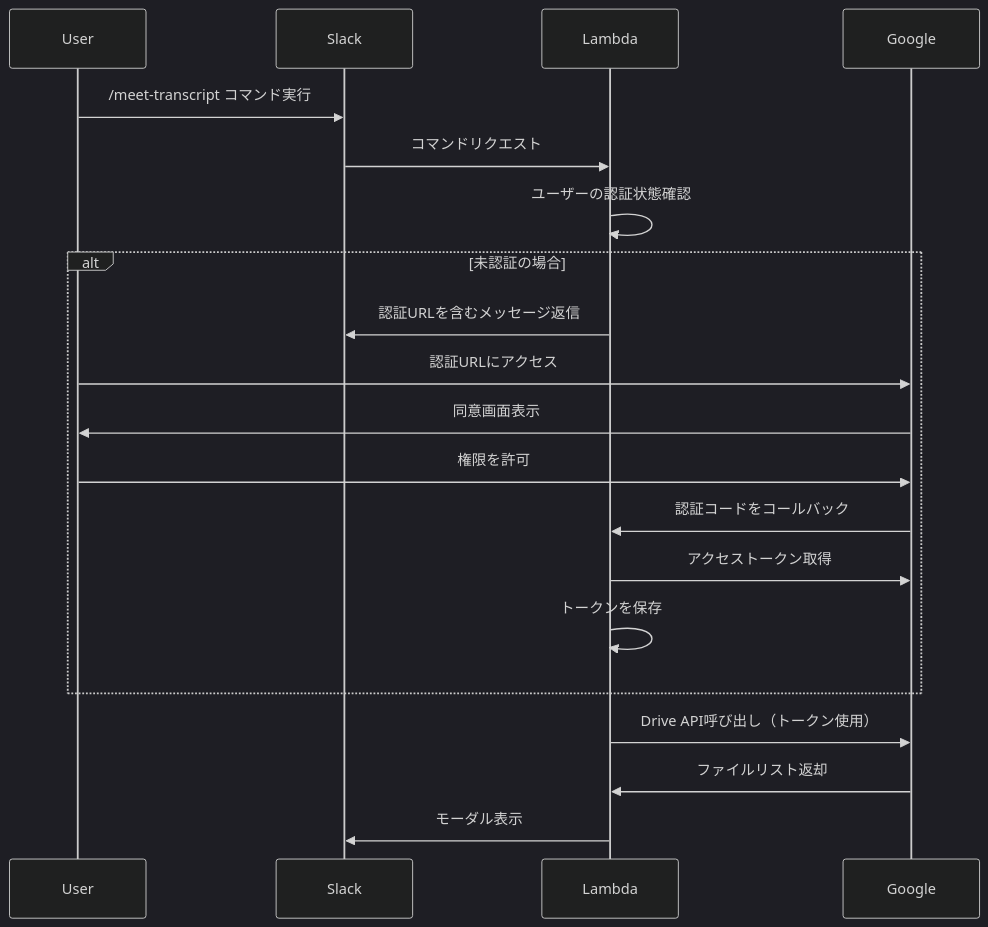
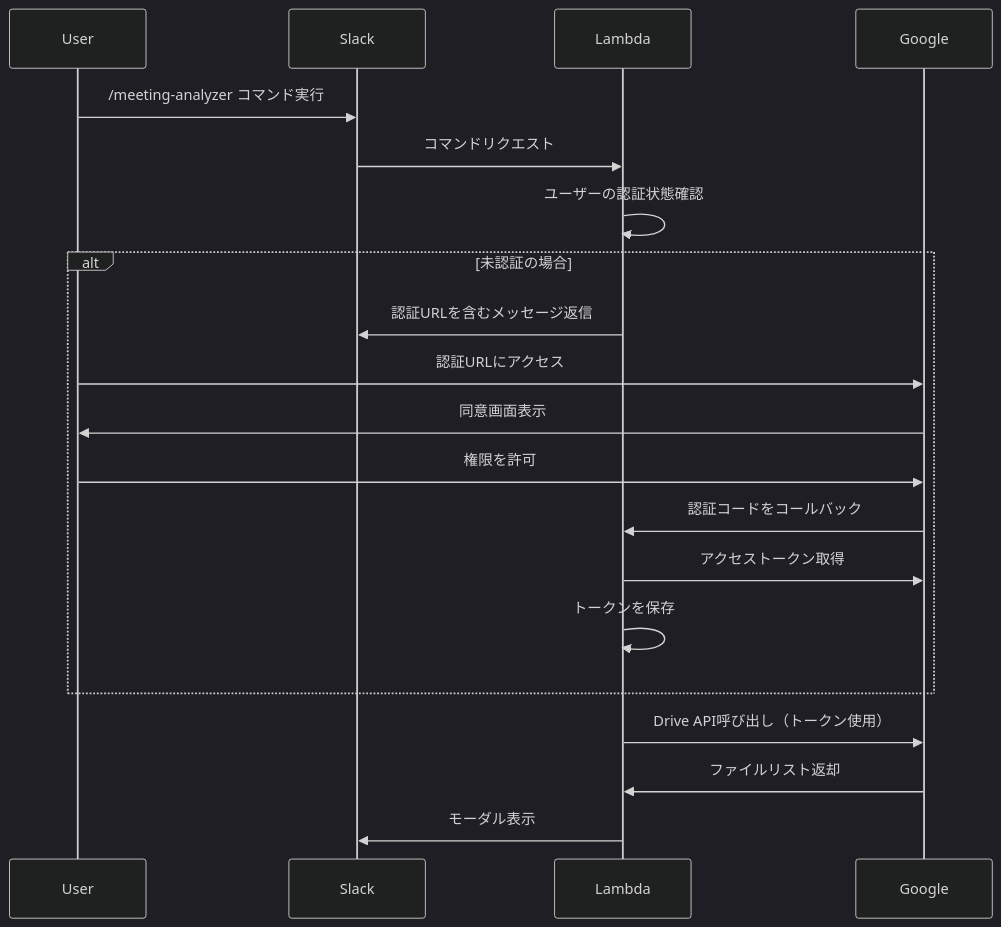
One commit to PenPeen/minutes-analyzer changed the diagram in drive-selector/docs/google-oauth-setup.md. Above: the diagram before and after it, drawn with Mermaid (dark theme). The commit also changed 13 other files, not shown here.

````diff
--- a/drive-selector/docs/google-oauth-setup.md
+++ b/drive-selector/docs/google-oauth-setup.md
@@ -61,25 +61,25 @@
 ```mermaid
 sequenceDiagram
     participant User
     participant Slack
     participant Lambda
     participant Google
 
-    User->>Slack: /meet-transcript コマンド実行
+    User->>Slack: /meeting-analyzer コマンド実行
     Slack->>Lambda: コマンドリクエスト
     Lambda->>Lambda: ユーザーの認証状態確認
 
     alt 未認証の場合
         Lambda->>Slack: 認証URLを含むメッセージ返信
         User->>Google: 認証URLにアクセス
         Google->>User: 同意画面表示
         User->>Google: 権限を許可
         Google->>Lambda: 認証コードをコールバック
         Lambda->>Google: アクセストークン取得
         Lambda->>Lambda: トークンを保存
     end
 
     Lambda->>Google: Drive API呼び出し（トークン使用）
     Google->>Lambda: ファイルリスト返却
     Lambda->>Slack: モーダル表示
 ```
````
